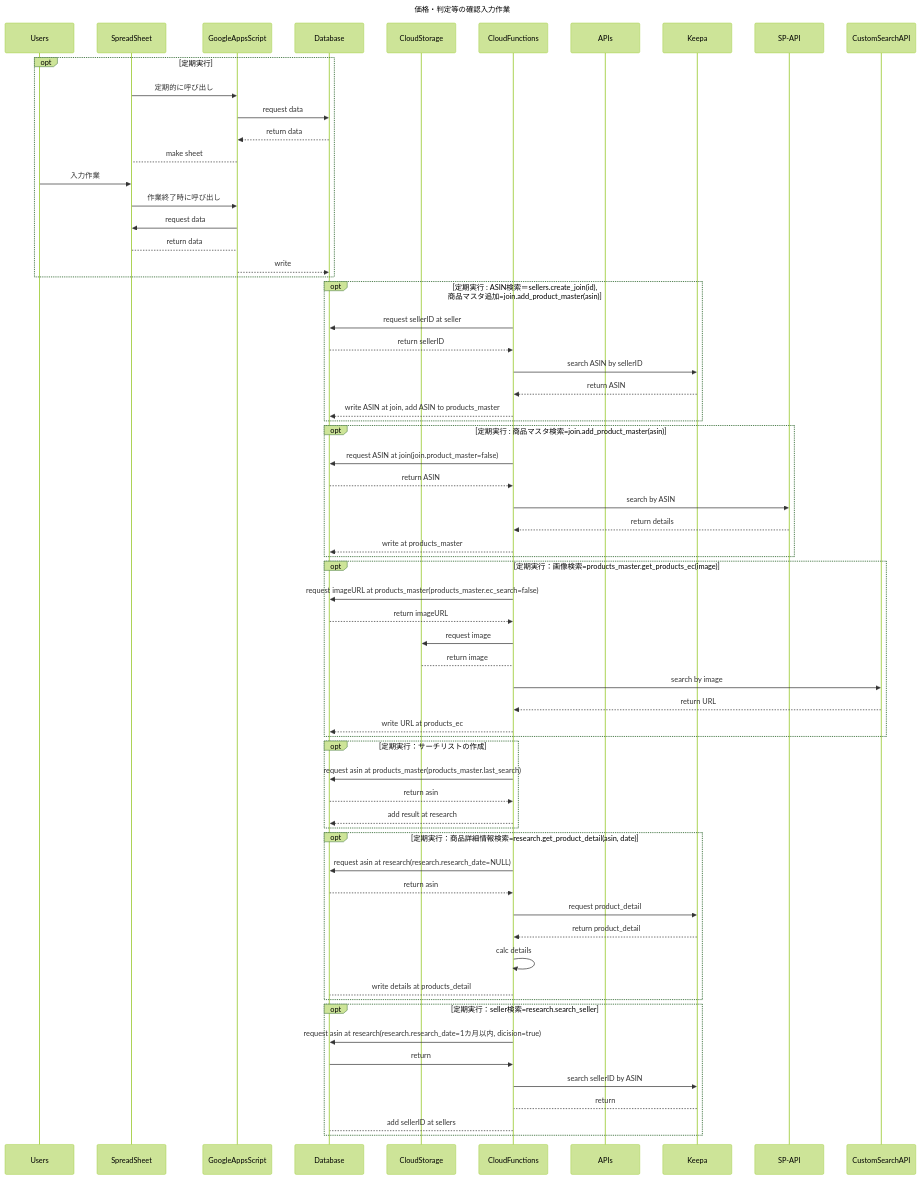
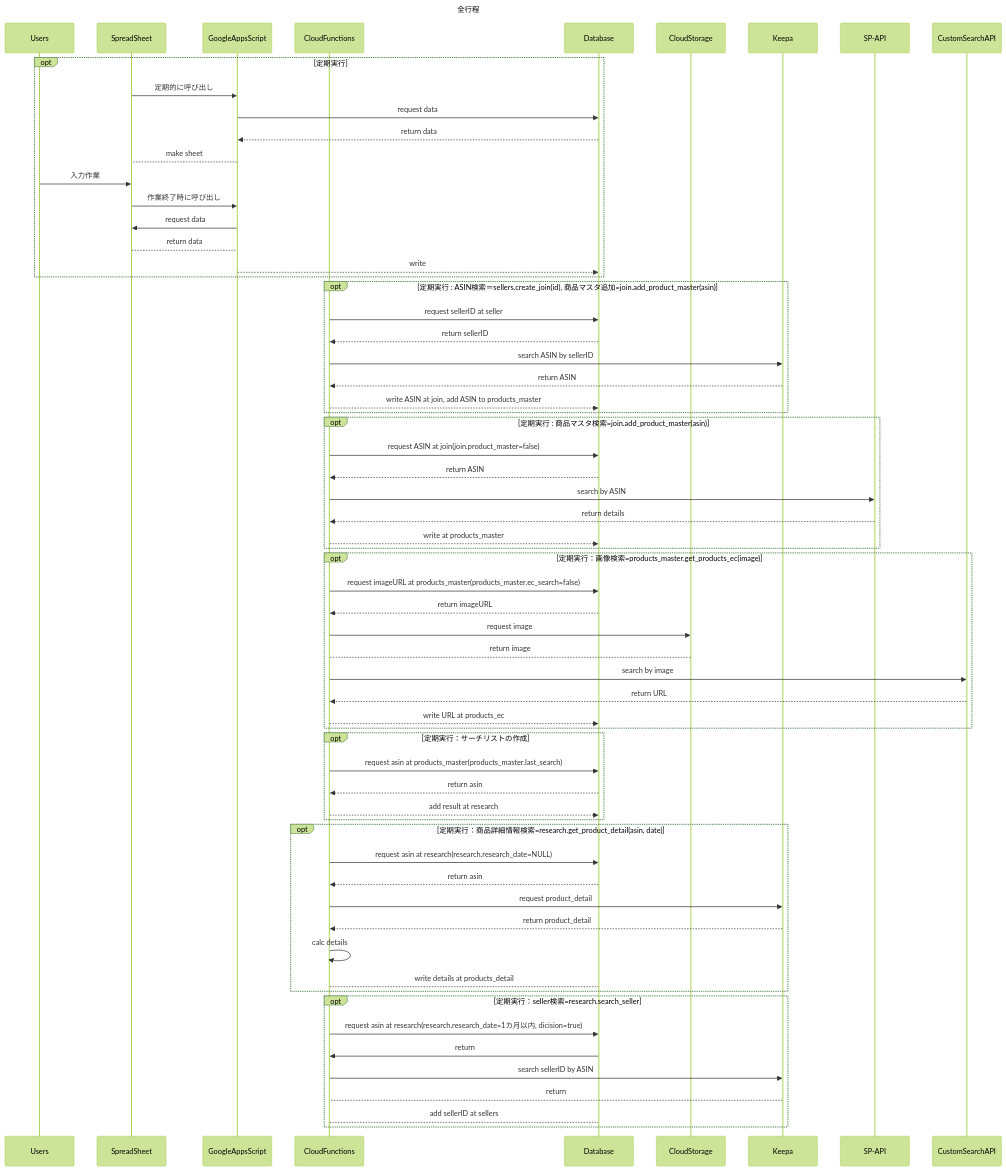
Before and after one commit to Hanato238/My_init_setting: the diagram in dev/research_SQ.md, drawn with Mermaid (forest theme). The commit also changed 14 other files, not shown here.

````diff
--- a/dev/research_SQ.md
+++ b/dev/research_SQ.md
@@ -1,80 +1,79 @@
 ```mermaid
 ---
-title: "価格・判定等の確認入力作業"
+title: "全行程"
 ---
 sequenceDiagram
     participant users as Users
     participant ss as SpreadSheet
     participant gas as GoogleAppsScript
+    participant cf as CloudFunctions
     participant db as Database
+    participant cs as CloudStorage
+    participant keepa as Keepa
+    participant spapi as SP-API
+    participant csapi as CustomSearchAPI
 
         opt 定期実行    
         ss ->> gas : 定期的に呼び出し
         gas ->> db : request data
         db -->> gas : return data
         gas --> ss : make sheet
         users ->> ss : 入力作業
         ss ->> gas : 作業終了時に呼び出し
         gas ->> ss :  request data
         ss --> gas : return data
         gas -->> db : write
         end
 
-    participant cs as CloudStorage
-    participant cf as CloudFunctions
-    participant apis as APIs
-    participant keepa as Keepa
-    participant spapi as SP-API
-    participant csapi as CustomSearchAPI
 
         opt 定期実行 : ASIN検索＝sellers.create_join(id), 商品マスタ追加=join.add_product_master(asin)
             cf ->> db : request sellerID at seller
             db -->> cf : return sellerID
             cf ->> keepa : search ASIN by sellerID
             keepa -->> cf : return ASIN
             cf -->> db : write ASIN at join, add ASIN to products_master
         end
 
         opt 定期実行 : 商品マスタ検索=join.add_product_master(asin)
             cf ->> db : request ASIN at join(join.product_master=false)
             db -->> cf : return ASIN
             cf ->> spapi : search by ASIN
             spapi -->> cf : return details
             cf -->> db : write at products_master
         end
 
         opt 定期実行：画像検索=products_master.get_products_ec(image)
             cf ->> db : request imageURL at products_master(products_master.ec_search=false)
             db -->> cf : return imageURL
             cf ->> cs : request image
             cs --> cf : return image
             cf ->> csapi : search by image
             csapi -->> cf : return URL
             cf -->> db : write URL at products_ec
         end
 
         opt 定期実行：サーチリストの作成
             cf ->> db : request asin at products_master(products_master.last_search)
             db -->> cf : return asin
             cf -->> db : add result at research
         end
 
         opt 定期実行：商品詳細情報検索=research.get_product_detail(asin, date)
             cf ->> db : request asin at research(research.research_date=NULL)
             db -->> cf : return asin
             cf ->> keepa : request product_detail
             keepa -->> cf : return product_detail
             cf ->> cf : calc details
             cf --> db : write details at products_detail
         end
 
         opt 定期実行：seller検索=research.search_seller
             cf ->> db : request asin at research(research.research_date=1カ月以内, dicision=true)
             db ->> cf : return
             cf ->> keepa : search sellerID by ASIN
             keepa --> cf : return
             cf --> db : add sellerID at sellers
         end
 
 
 ```
````
